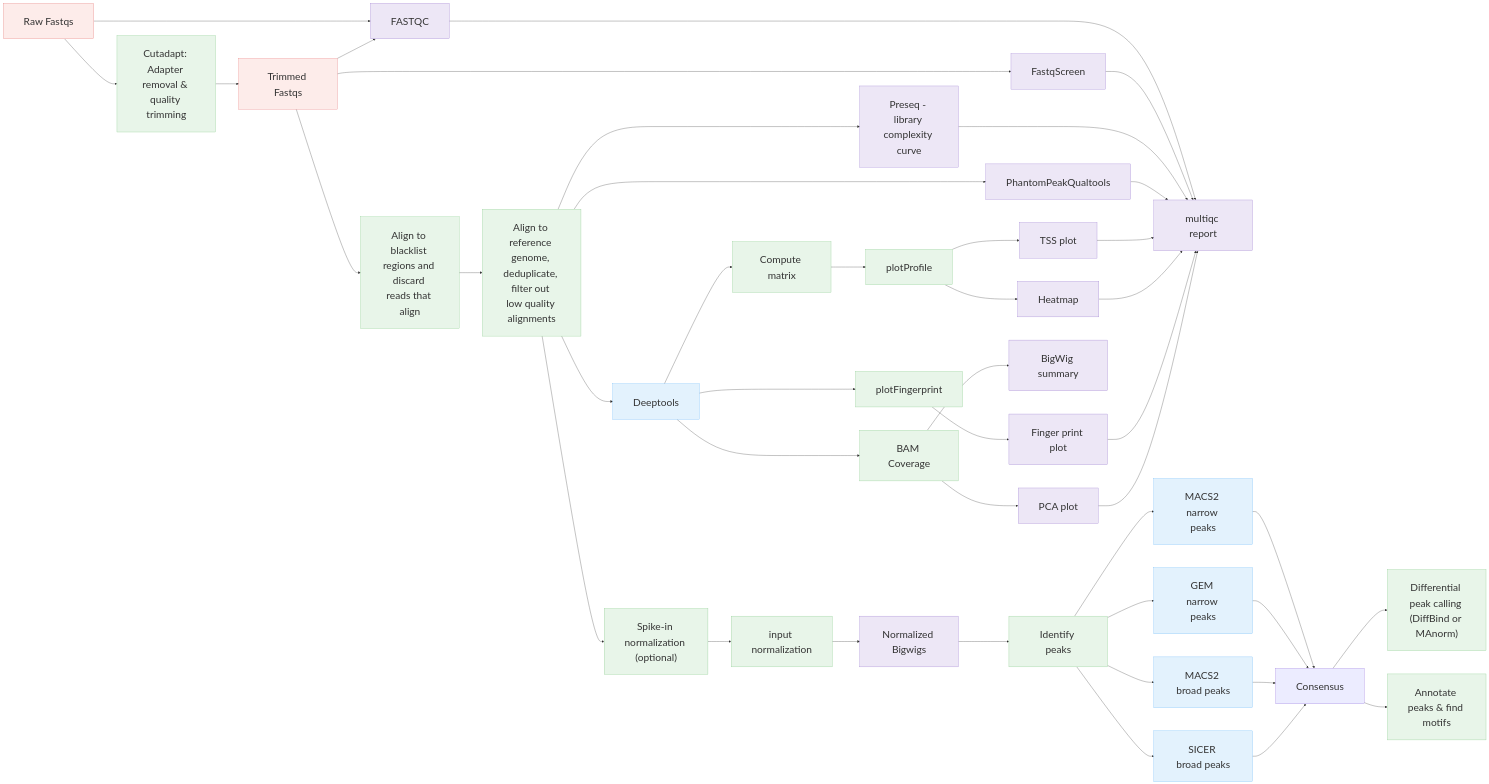
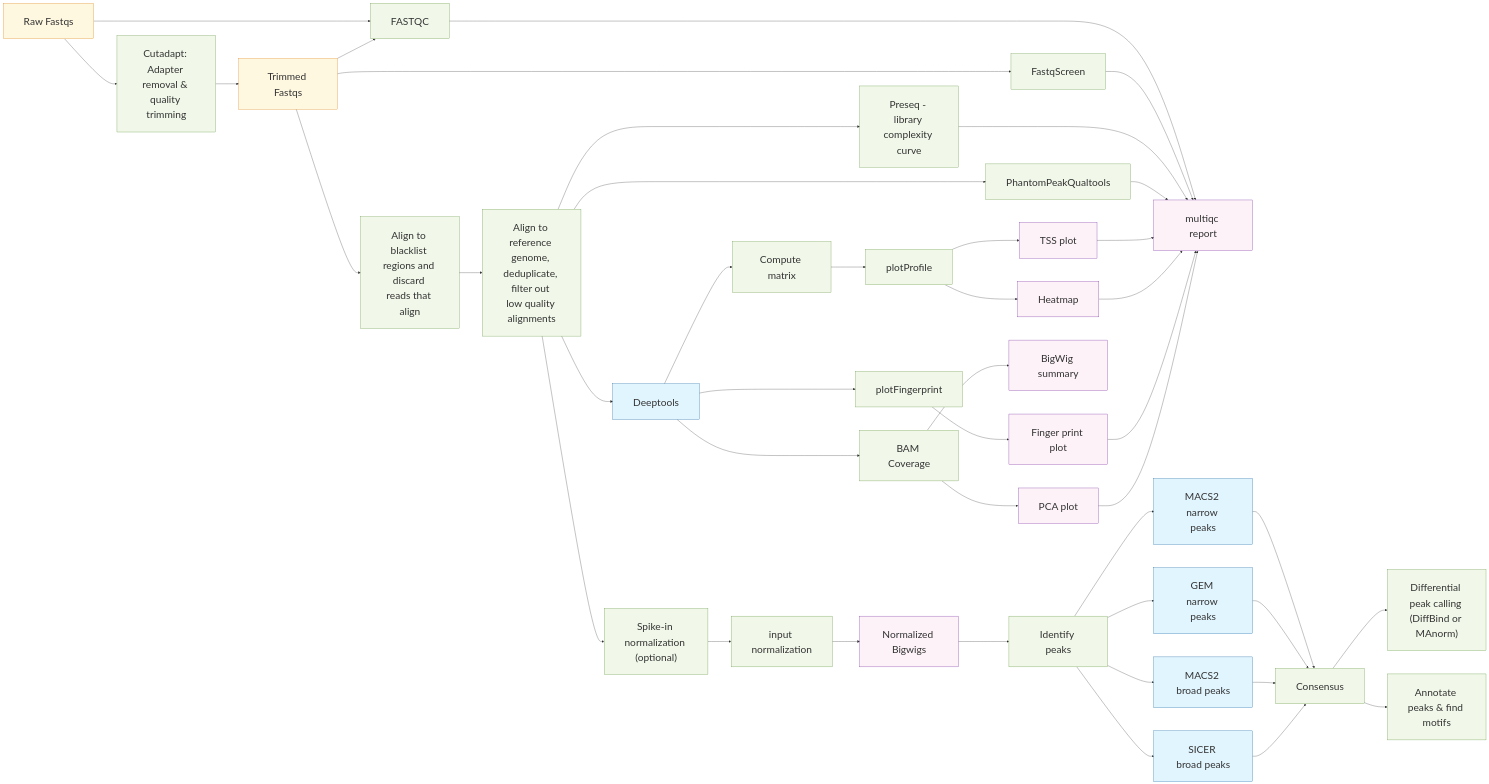
One commit to CCBR/CHAMPAGNE changed the diagram in docs/diagram/index.md. Above: the diagram before and after it, drawn with Mermaid. The commit also changed other lines of this file, not shown here.

````diff
--- a/docs/diagram/index.md
+++ b/docs/diagram/index.md
@@ -85,78 +1,76 @@
 ```mermaid
 flowchart LR
 
 %%{init: {
   "themeVariables": {
      "background": "transparent",
      "fontSize": "35px" },
   "flowchart": {
     "nodeSpacing": 80,
     "rankSpacing": 80,
     "padding": 35,
     "htmlLabels": true
 }}}%%
 
   %% Input
   Raw["Raw Fastqs"]:::input --> Trimming["Cutadapt: Adapter removal & quality trimming"]:::process
   Trimming --> Trimmed["Trimmed Fastqs"]:::input
 
   %% Quality Control
   MultiQC["multiqc report"]:::output
-  Trimmed --> fqscreen["FastqScreen"]:::output
+  Trimmed --> fqscreen["FastqScreen"]:::process
   Raw --> QC_results
-  Trimmed --> QC_results["FASTQC"]:::output
+  Trimmed --> QC_results["FASTQC"]:::process
   QC_results --> MultiQC
   fqscreen --> MultiQC
 
   %% Blacklist filtering
   Trimmed --> Blacklist["Align to blacklist regions and discard reads that align"]:::process
 
   %% Preseq and alignment
   Blacklist --> Align["Align to reference genome, deduplicate, filter out low quality alignments"]:::process
-  Align --> Cc["Preseq - library complexity curve"]:::output
+  Align --> Cc["Preseq - library complexity curve"]:::process
   Cc ---> MultiQC
 
-  Align --> Scc["PhantomPeakQualtools"]:::output
+  Align --> Scc["PhantomPeakQualtools"]:::process
   Scc --> MultiQC
 
   %% Spike-in normalization (optional)
   Align --> Spike["Spike-in normalization (optional)"]:::process
   Spike --> InputNorm["input normalization"]:::process
   InputNorm --> NormBigwigs["Normalized Bigwigs"]:::output
 
   %% Deeptools steps
   Align --> Deeptools["Deeptools"]:::tool
   Deeptools --> Matrix["Compute matrix"]:::process
   Matrix --> Profile["plotProfile"]:::process
   Profile --> TSSplot["TSS plot"]:::output
   Profile --> Heatmap["Heatmap"]:::output
   TSSplot --> MultiQC
   Heatmap --> MultiQC
   Deeptools --> fingerprint["plotFingerprint"]:::process
   fingerprint --> fingerprintplot["Finger print plot"]:::output
   fingerprintplot --> MultiQC
   Deeptools --> BAMcov["BAM Coverage"]:::process
   BAMcov --> PCA["PCA plot"]:::output & Bigwig["BigWig summary"]:::output
   PCA --> MultiQC
 
   %% Peak calling
   NormBigwigs --> Peakcalling["Identify peaks"]:::process
   Peakcalling --> MACS2narrow["MACS2 narrow peaks"]:::tool
   Peakcalling --> GEM["GEM narrow peaks"]:::tool
   Peakcalling --> MACS2broad["MACS2 broad peaks"]:::tool
   Peakcalling --> SICER["SICER broad peaks"]:::tool
-  MACS2narrow --> Consensus
+  MACS2narrow --> Consensus:::process
   GEM --> Consensus
   MACS2broad --> Consensus
   SICER --> Consensus
   Consensus --> Diffbind["Differential peak calling (DiffBind or MAnorm)"]:::process
   Consensus --> Annotate["Annotate peaks & find motifs"]:::process
 
-  %% Styles
-  classDef input fill:#fdecea,stroke:#e57373,stroke-width:1px;
-  classDef process fill:#e8f5e9,stroke:#81c784,stroke-width:1px;
-  classDef tool fill:#e3f2fd,stroke:#64b5f6,stroke-width:1px;
-  classDef note fill:#fffde7,stroke:#fbc02d,stroke-width:1px,font-style:italic;
-  classDef output fill:#ede7f6,stroke:#9575cd,stroke-width:1px;
-  classDef data fill:#f3e5f5,stroke:#ba68c8,stroke-width:1px;
+  %% Styles - Modern sleek theme
+  classDef input fill:#fff8e1,stroke:#d97706,stroke-width:1px;
+  classDef process fill:#f1f8e9,stroke:#558b2f,stroke-width:1px;
+  classDef tool fill:#e1f5fe,stroke:#01579b,stroke-width:1px;
+  classDef output fill:#fdf2f8,stroke:#6a1b9a,stroke-width:1px;
 ```
````
